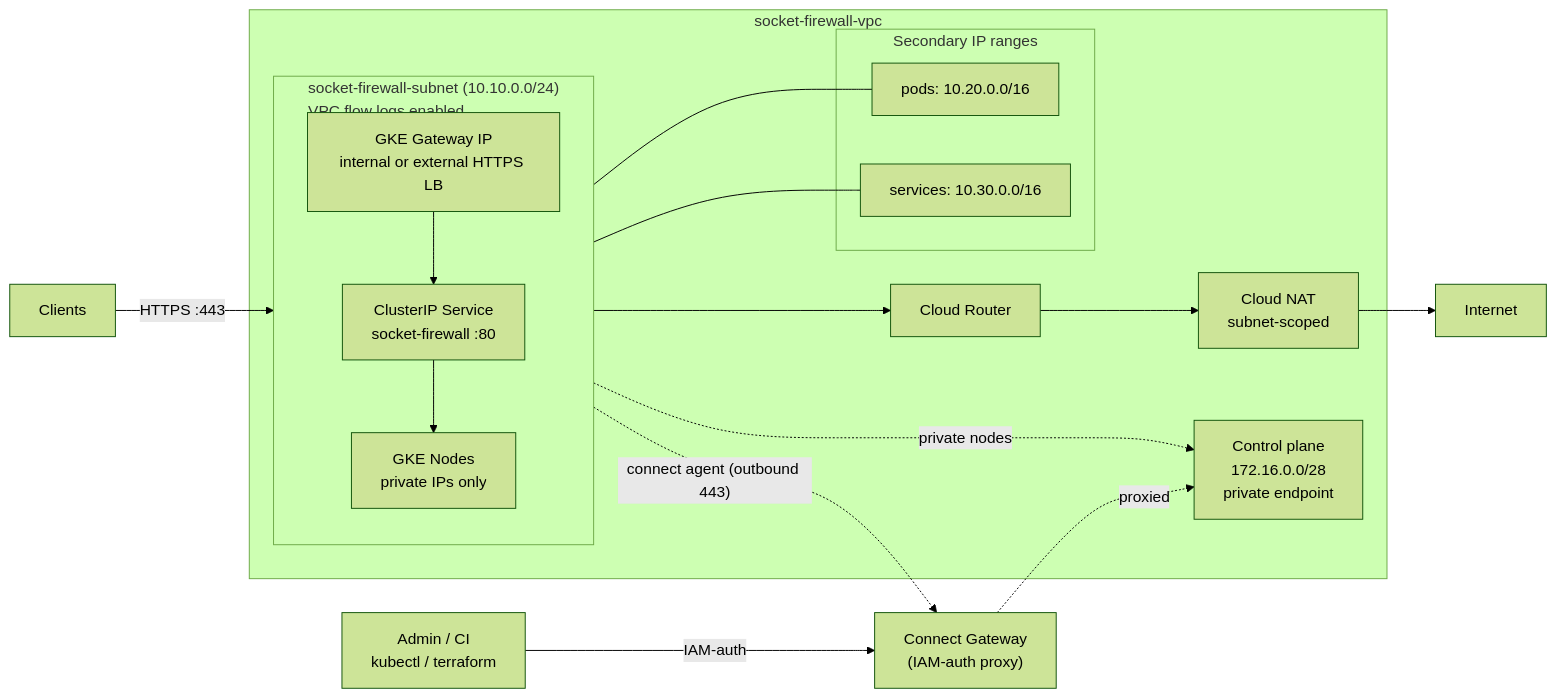
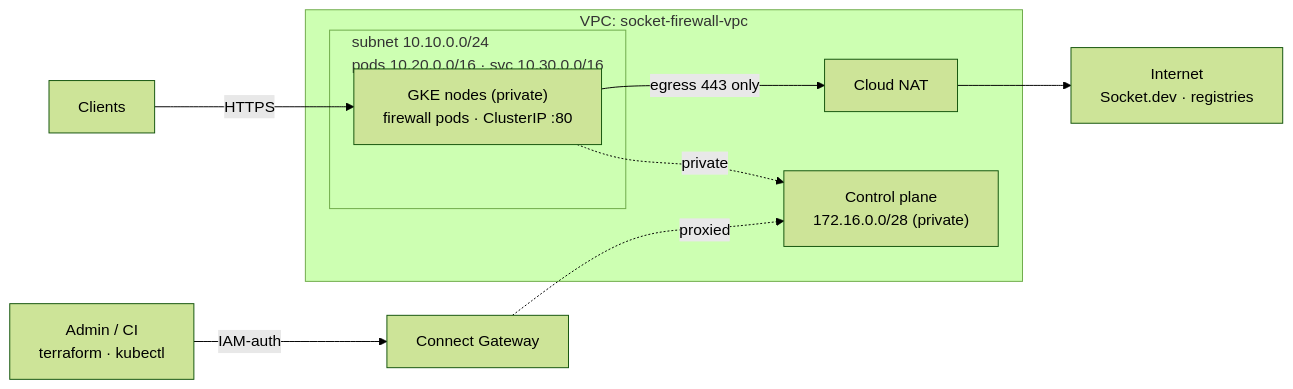
Before and after one commit to getsentry/security-socket-firewall: the second of 3 diagrams in README.md, drawn with Mermaid (forest theme). The commit also changed other lines of this file and 1 other file, not shown here.

````diff
--- a/README.md
+++ b/README.md
@@ -108,34 +45,22 @@
 ```mermaid
 flowchart LR
-    subgraph VPC["socket-firewall-vpc"]
-        subgraph SUB["socket-firewall-subnet (10.10.0.0/24)<br/>VPC flow logs enabled"]
-            direction TB
-            N1["GKE Nodes<br/>private IPs only"]
-            GW_IP["GKE Gateway IP<br/>internal or external HTTPS LB"]
-            SVC["ClusterIP Service<br/>socket-firewall :80"]
+    CLIENT["Clients"]
+    ADMIN["Admin / CI<br/>terraform · kubectl"]
+    CGW["Connect Gateway"]
+    INTERNET["Internet<br/>Socket.dev · registries"]
+
+    subgraph VPC["VPC: socket-firewall-vpc"]
+        subgraph SUB["subnet 10.10.0.0/24<br/>pods 10.20.0.0/16 · svc 10.30.0.0/16"]
+            NODES["GKE nodes (private)<br/>firewall pods · ClusterIP :80"]
         end
-
-        subgraph RANGES["Secondary IP ranges"]
-            PODS["pods: 10.20.0.0/16"]
-            SVC_CIDR["services: 10.30.0.0/16"]
-        end
-
-        ROUTER["Cloud Router"]
-        NAT["Cloud NAT<br/>subnet-scoped"]
-        MASTER["Control plane<br/>172.16.0.0/28<br/>private endpoint"]
+        NAT["Cloud NAT"]
+        MASTER["Control plane<br/>172.16.0.0/28 (private)"]
     end
 
-    INTERNET["Internet"]
-    CGW["Connect Gateway<br/>(IAM-auth proxy)"]
-    ADMIN["Admin / CI<br/>kubectl / terraform"]
-    CLIENT["Clients"]
-
-    N1 --- PODS
-    N1 --- SVC_CIDR
-    N1 --> ROUTER --> NAT --> INTERNET
-    CLIENT -->|"HTTPS :443"| GW_IP --> SVC --> N1
-    N1 -.->|"connect agent (outbound 443)"| CGW
-    ADMIN -->|"IAM-auth"| CGW
-    CGW -.->|"proxied"| MASTER
-    N1 -.->|"private nodes"| MASTER
+    CLIENT -->|HTTPS| NODES
+    NODES -->|egress 443 only| NAT
+    NAT --> INTERNET
+    NODES -.->|private| MASTER
+    ADMIN -->|IAM-auth| CGW
+    CGW -.->|proxied| MASTER
 ```
````
